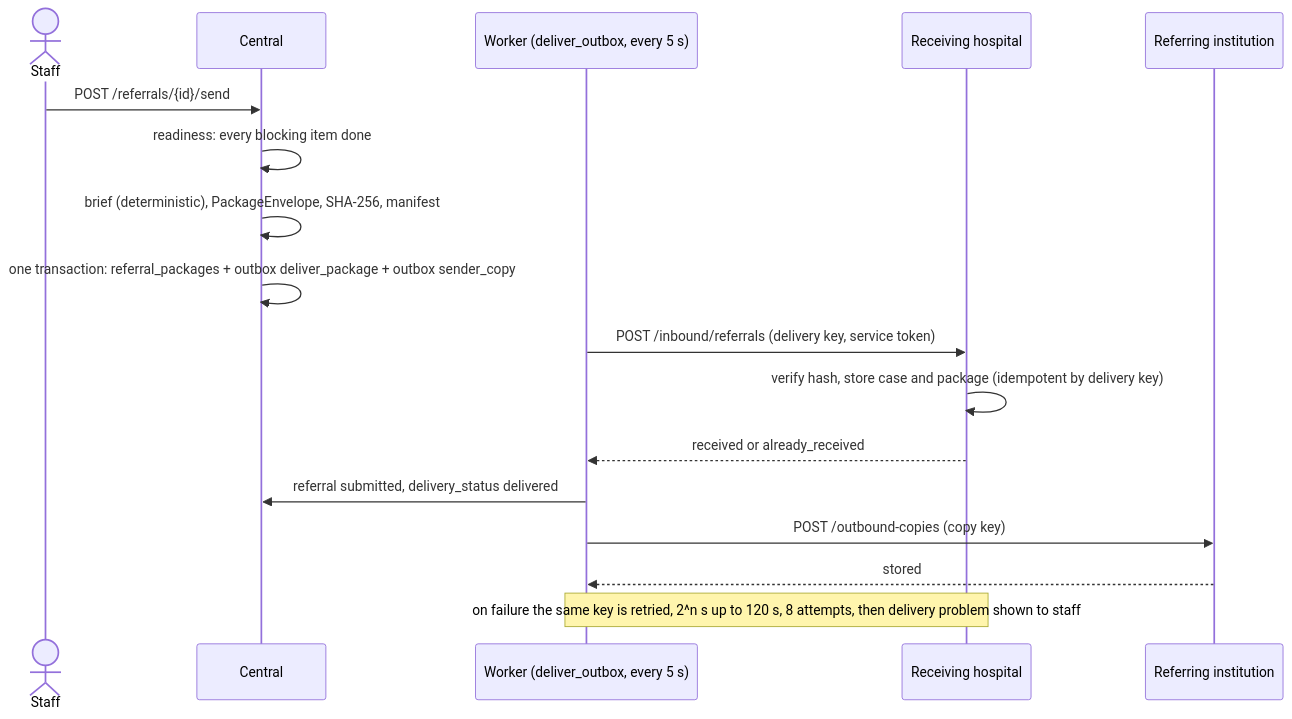
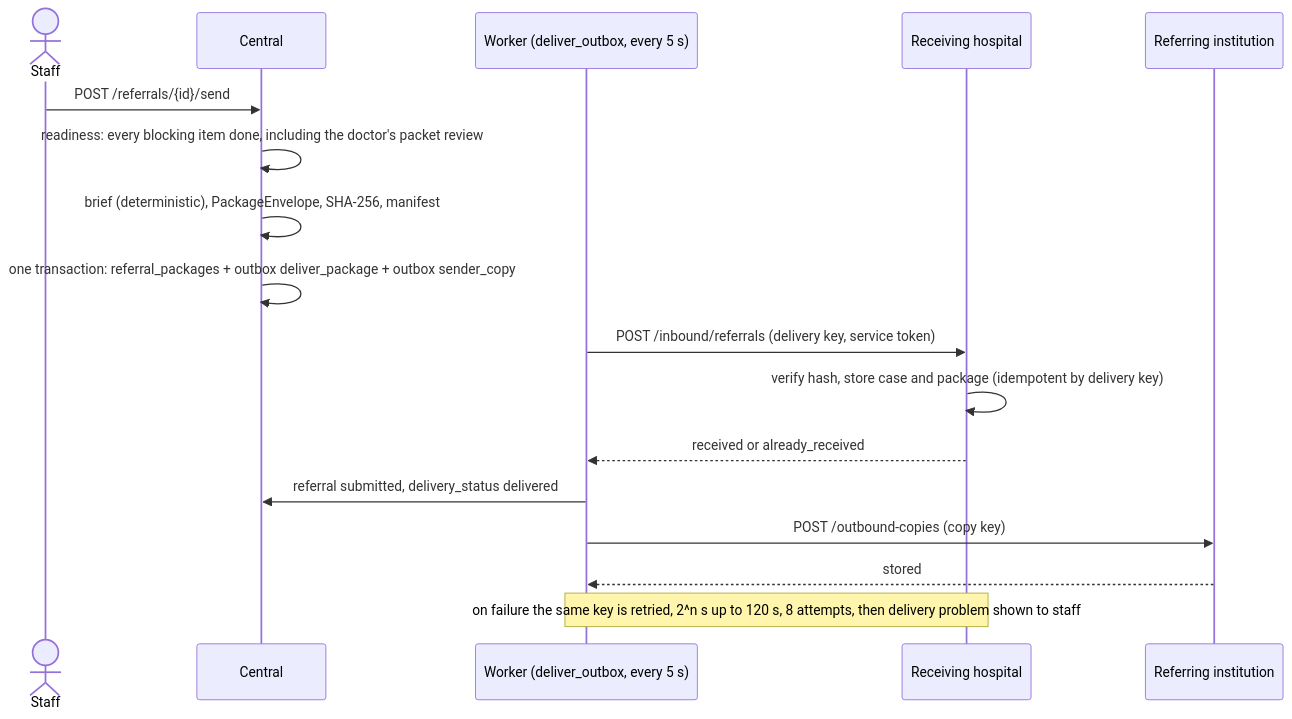
Before and after one commit to B-satool/FYP-Federated-Referral-System: the seventh of 11 diagrams in docs/sds/sections/07-workflows.md, drawn with Mermaid. The commit also changed other lines of this file and 73 other files, not shown here.

First line of the commit message:
Doctor-only clinical content, packet review, consultation notes, label quotes

````diff
--- a/docs/sds/sections/07-workflows.md
+++ b/docs/sds/sections/07-workflows.md
@@ -153,19 +159,19 @@
 ```mermaid
 sequenceDiagram
     actor S as Staff
     participant C as Central
     participant Wk as Worker (deliver_outbox, every 5 s)
     participant B as Receiving hospital
     participant A as Referring institution
     S->>C: POST /referrals/{id}/send
-    C->>C: readiness: every blocking item done
+    C->>C: readiness: every blocking item done, including the doctor's packet review
     C->>C: brief (deterministic), PackageEnvelope, SHA-256, manifest
     C->>C: one transaction: referral_packages + outbox deliver_package + outbox sender_copy
     Wk->>B: POST /inbound/referrals (delivery key, service token)
     B->>B: verify hash, store case and package (idempotent by delivery key)
     B-->>Wk: received or already_received
     Wk->>C: referral submitted, delivery_status delivered
     Wk->>A: POST /outbound-copies (copy key)
     A-->>Wk: stored
     Note over Wk,B: on failure the same key is retried, 2^n s up to 120 s, 8 attempts, then delivery problem shown to staff
 ```
````
